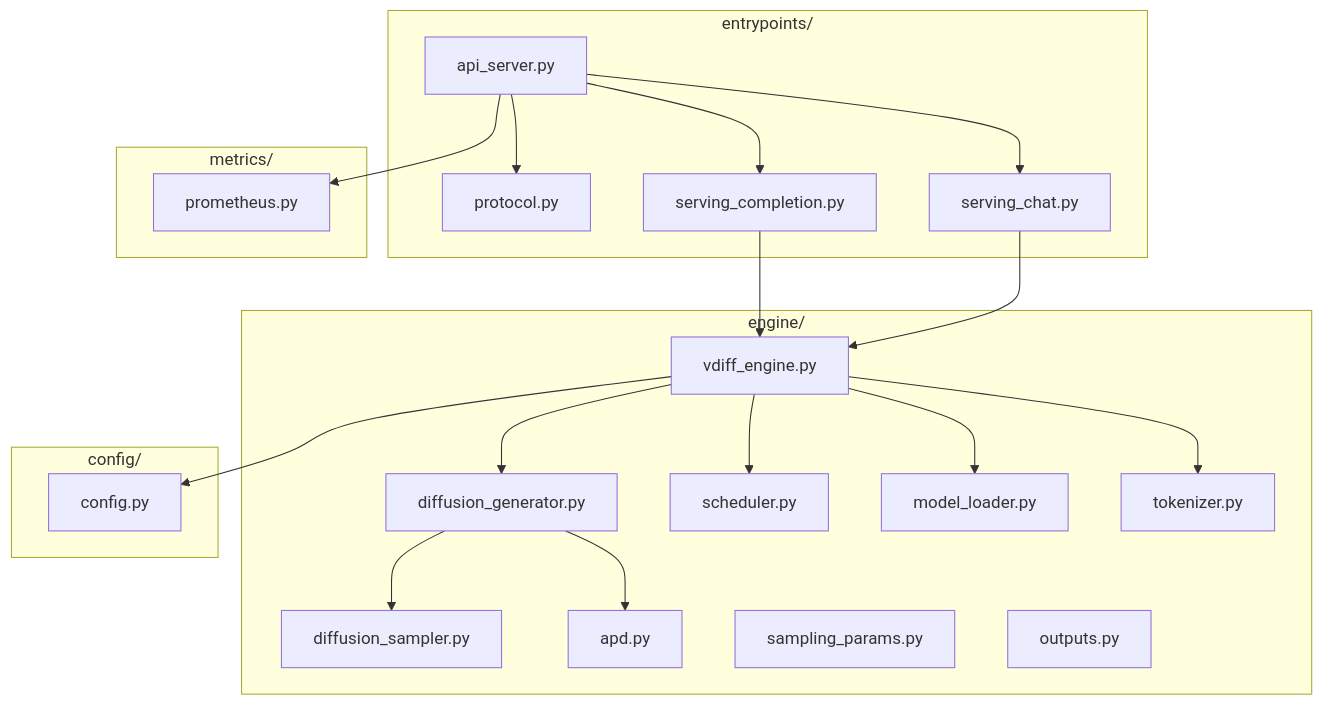
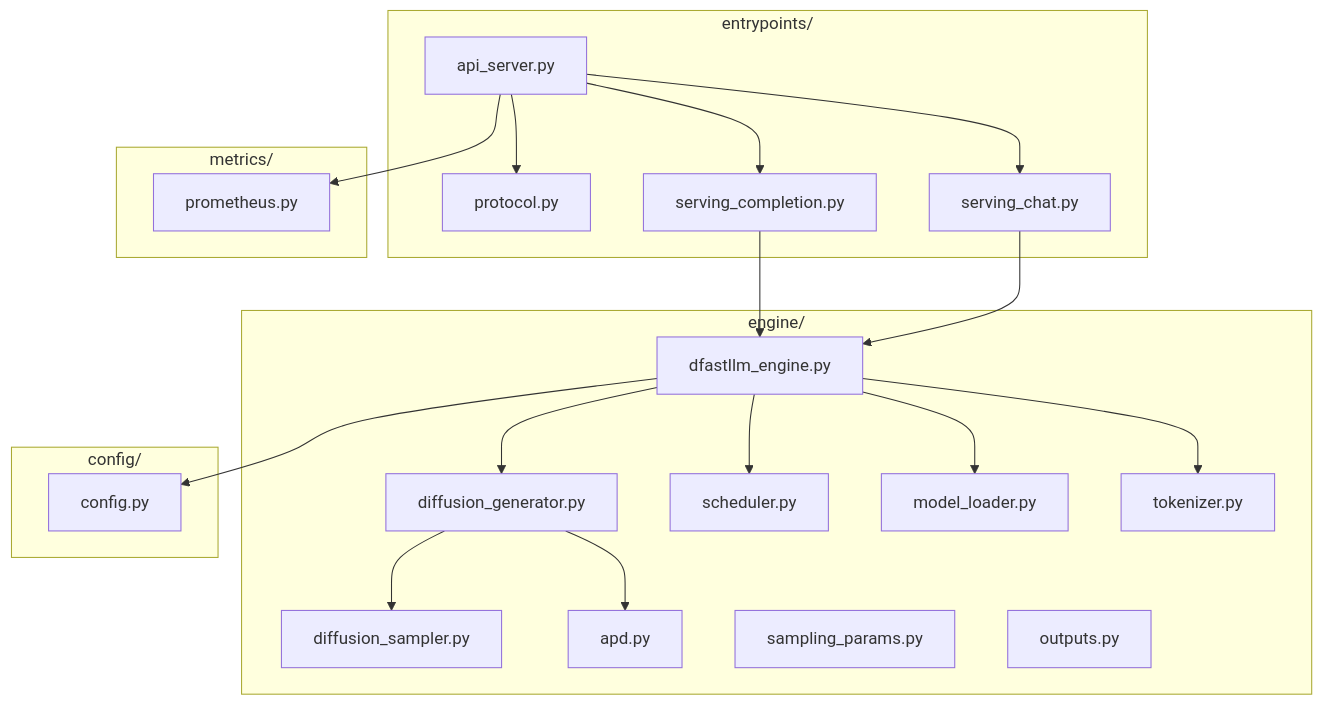
Before and after one commit to mwaykole/vdiff: the first of 16 diagrams in docs/design/LLD.md, drawn with Mermaid. The commit also changed other lines of this file and 53 other files, not shown here.

First line of the commit message:
refactor: Rename all vdiff references to dfastllm

````diff
--- a/docs/design/LLD.md
+++ b/docs/design/LLD.md
@@ -55,43 +55,43 @@
 ```mermaid
 flowchart TB
     subgraph Entrypoints["entrypoints/"]
         API[api_server.py]
         PROTO[protocol.py]
         SERVC[serving_completion.py]
         SERVCH[serving_chat.py]
     end
     
     subgraph Engine["engine/"]
-        VDE[vdiff_engine.py]
+        VDE[dfastllm_engine.py]
         DG[diffusion_generator.py]
         SCH[scheduler.py]
         DS[diffusion_sampler.py]
         APD[apd.py]
         ML[model_loader.py]
         SP[sampling_params.py]
         OUT[outputs.py]
         TOK[tokenizer.py]
     end
     
     subgraph Config["config/"]
         CFG[config.py]
     end
     
     subgraph Metrics["metrics/"]
         PROM[prometheus.py]
     end
     
     API --> PROTO
     API --> SERVC
     API --> SERVCH
     SERVC --> VDE
     SERVCH --> VDE
     VDE --> DG
     VDE --> SCH
     VDE --> ML
     VDE --> TOK
     DG --> DS
     DG --> APD
     VDE --> CFG
     API --> PROM
 ```
````
